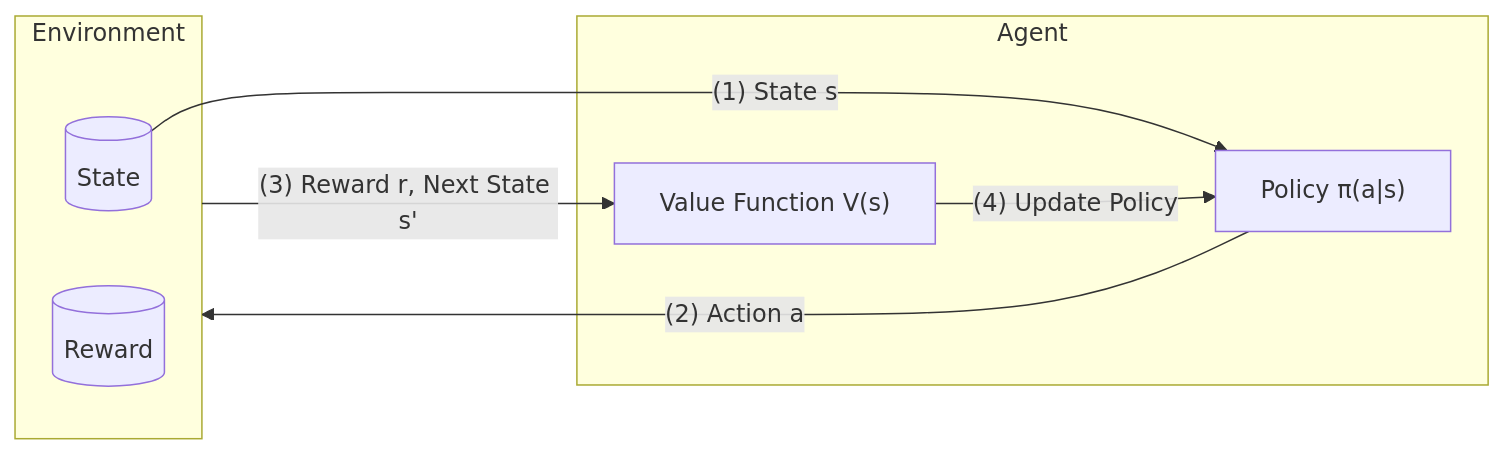
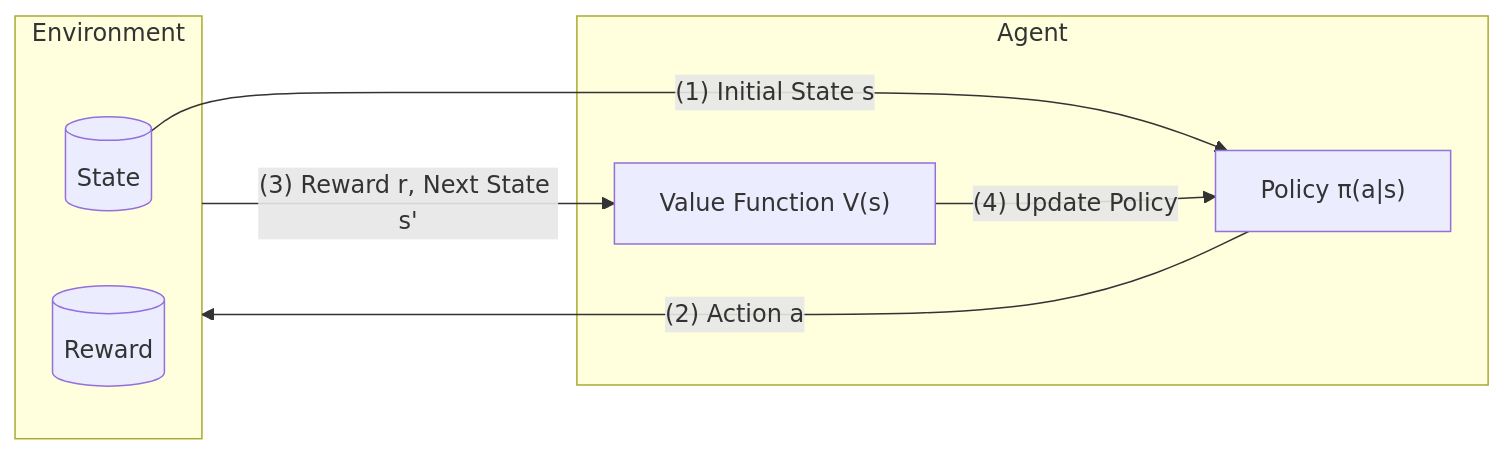
Before and after one commit to DravaMmonk/study-notes: the diagram in docs/Unimelb/25S2/AIP/6-Reinforced-Learning.md, drawn with Mermaid. The commit also changed other lines of this file and 9 other files, not shown here.

````diff
--- a/docs/Unimelb/25S2/AIP/6-Reinforced-Learning.md
+++ b/docs/Unimelb/25S2/AIP/6-Reinforced-Learning.md
@@ -42,18 +41,18 @@
 ```mermaid
 flowchart LR
     subgraph Env[Environment]
         S[(State)]
         R[(Reward)]
     end
 
     subgraph Agent[Agent]
         P["Policy π(a|s)"]
         V["Value Function V(s)"]
     end
 
-    S -->|"(1) State s"| P
+    S -->|"(1) Initial State s"| P
     P -->|"(2) Action a"| Env
     Env -->|"(3) Reward r, Next State s'"| V
     V -->|"(4) Update Policy"| P
 
 ```
````
